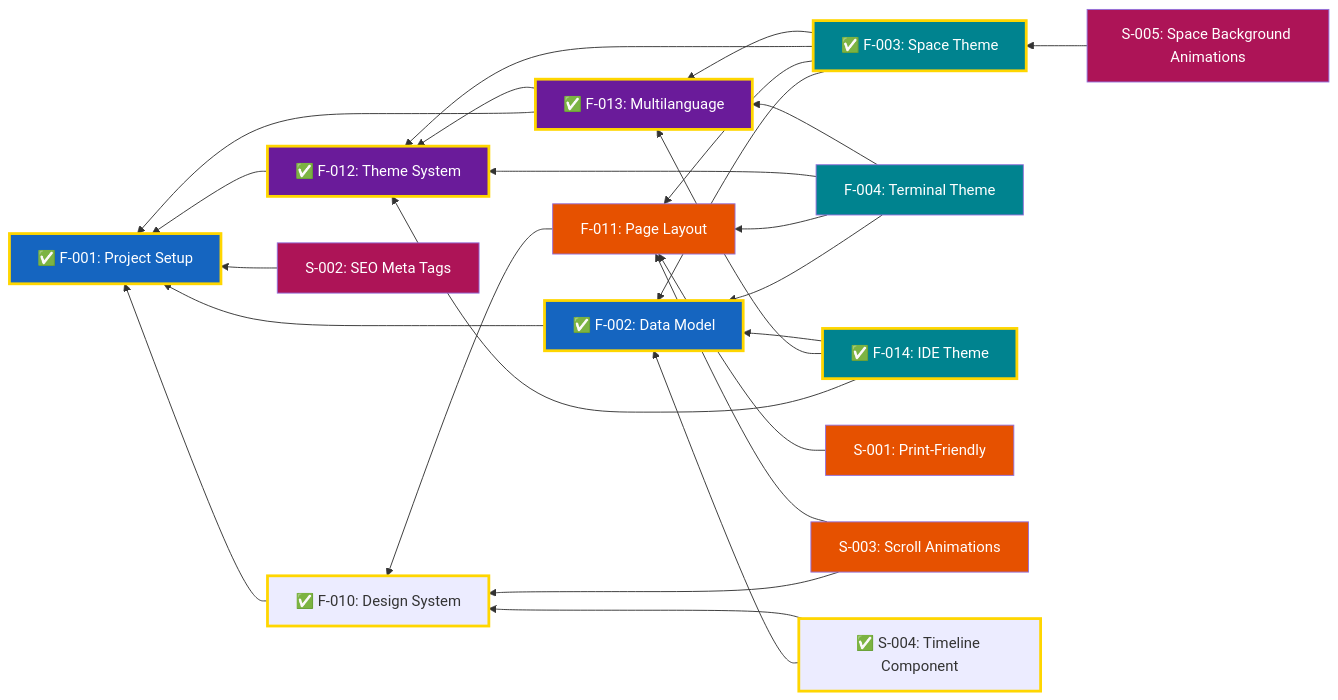
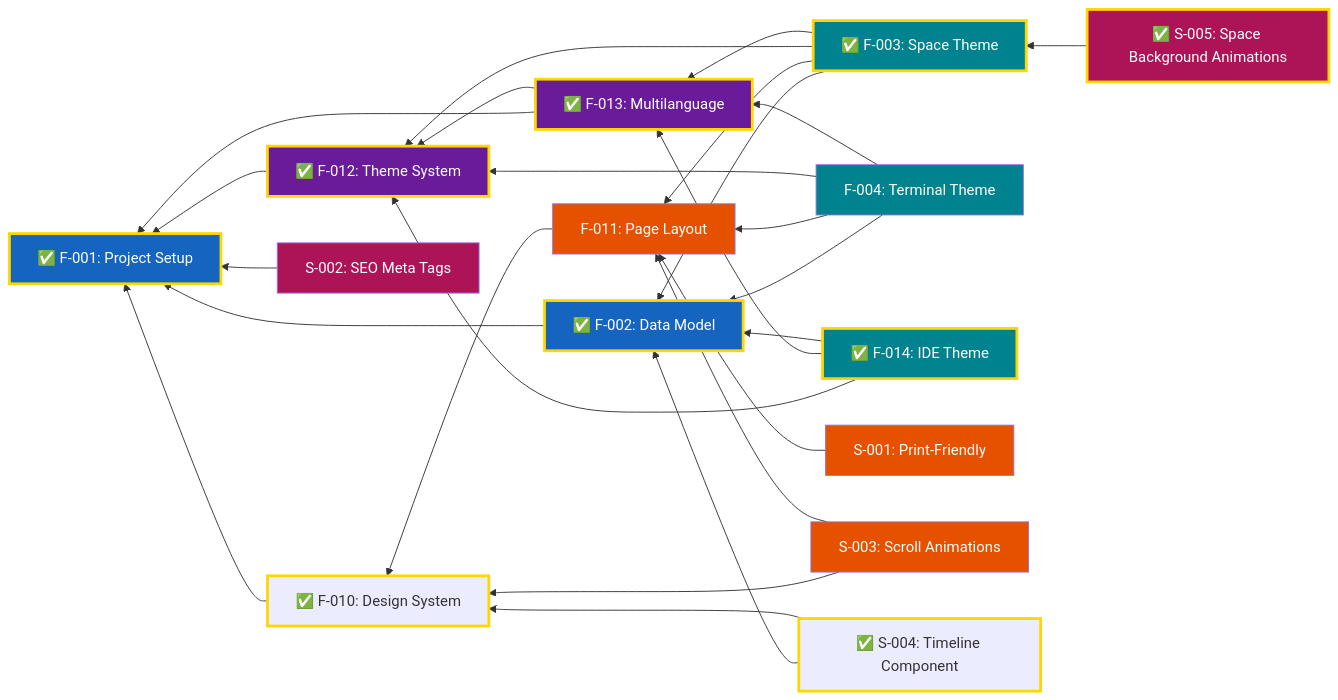
Before and after one commit to garcipat/cv-website: the diagram in docs/Features.md, drawn with Mermaid. The commit also changed other lines of this file and 17 other files, not shown here.

````diff
--- a/docs/Features.md
+++ b/docs/Features.md
@@ -69,63 +69,64 @@
 ```mermaid
 graph RL
     F001["✅ F-001: Project Setup"]
     F002["✅ F-002: Data Model"]
     F003["✅ F-003: Space Theme"]
     F004["F-004: Terminal Theme"]
     F010["✅ F-010: Design System"]
     F011["F-011: Page Layout"]
     F012["✅ F-012: Theme System"]
     F013["✅ F-013: Multilanguage"]
     F014["✅ F-014: IDE Theme"]
     S001["S-001: Print-Friendly"]
     S002["S-002: SEO Meta Tags"]
     S003["S-003: Scroll Animations"]
     S004["✅ S-004: Timeline Component"]
-    S005["S-005: Space Background Animations"]
+    S005["✅ S-005: Space Background Animations"]
 
     F003 --> F002
     F003 --> F011
     F003 --> F012
     F003 --> F013
     F004 --> F002
     F004 --> F011
     F004 --> F012
     F004 --> F013
     F002 --> F001
     F010 --> F001
     F011 --> F010
     F012 --> F001
     F013 --> F001
     F013 --> F012
     F014 --> F012
     F014 --> F013
     F014 --> F002
     S001 --> F011
     S002 --> F001
     S003 --> F010
     S003 --> F011
     S004 --> F002
     S004 --> F010
     S005 --> F003
 
     classDef done stroke:#FFD600,stroke-width:3px
     classDef projectSetup fill:#1565C0,color:#ffffff
     classDef layoutNavigation fill:#E65100,color:#ffffff
     classDef themeInfrastructure fill:#6A1B9A,color:#ffffff
     classDef themes fill:#00838F,color:#ffffff
     classDef enhancements fill:#AD1457,color:#ffffff
 
     class F001 done
     class F002 done
     class F001,F002 projectSetup
     class F010 done
     class F012 done
     class F013 done
     class F003 done
     class F003,F004,F014 themes
     class F011,S001,S003 layoutNavigation
     class F012,F013 themeInfrastructure
     class F014 done
     class S004 done
     class S002,S005 enhancements
+    class S005 done
 ```
````
